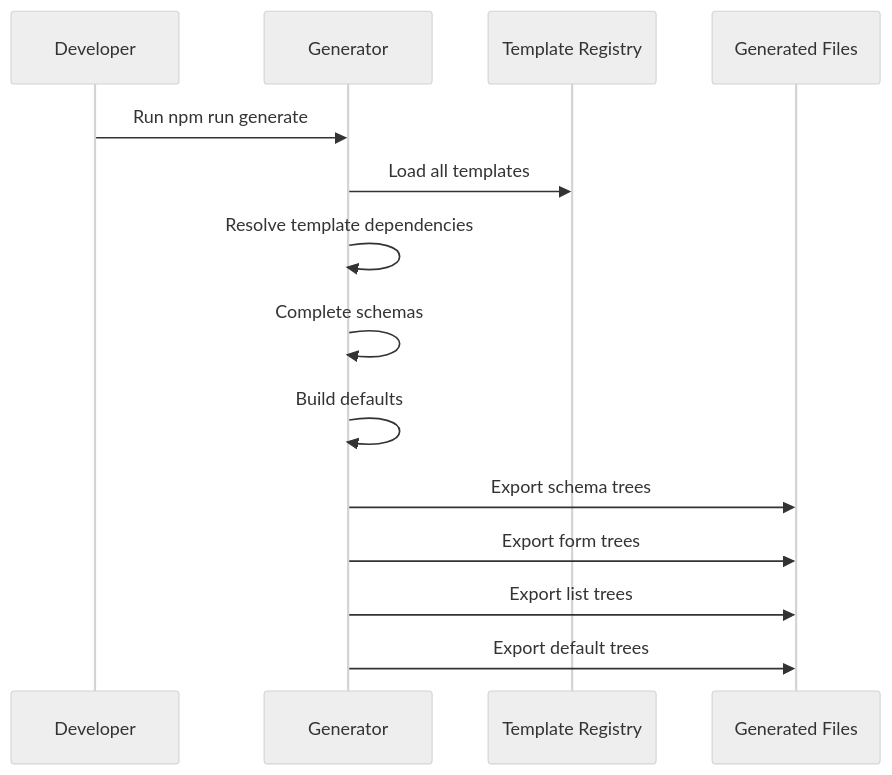
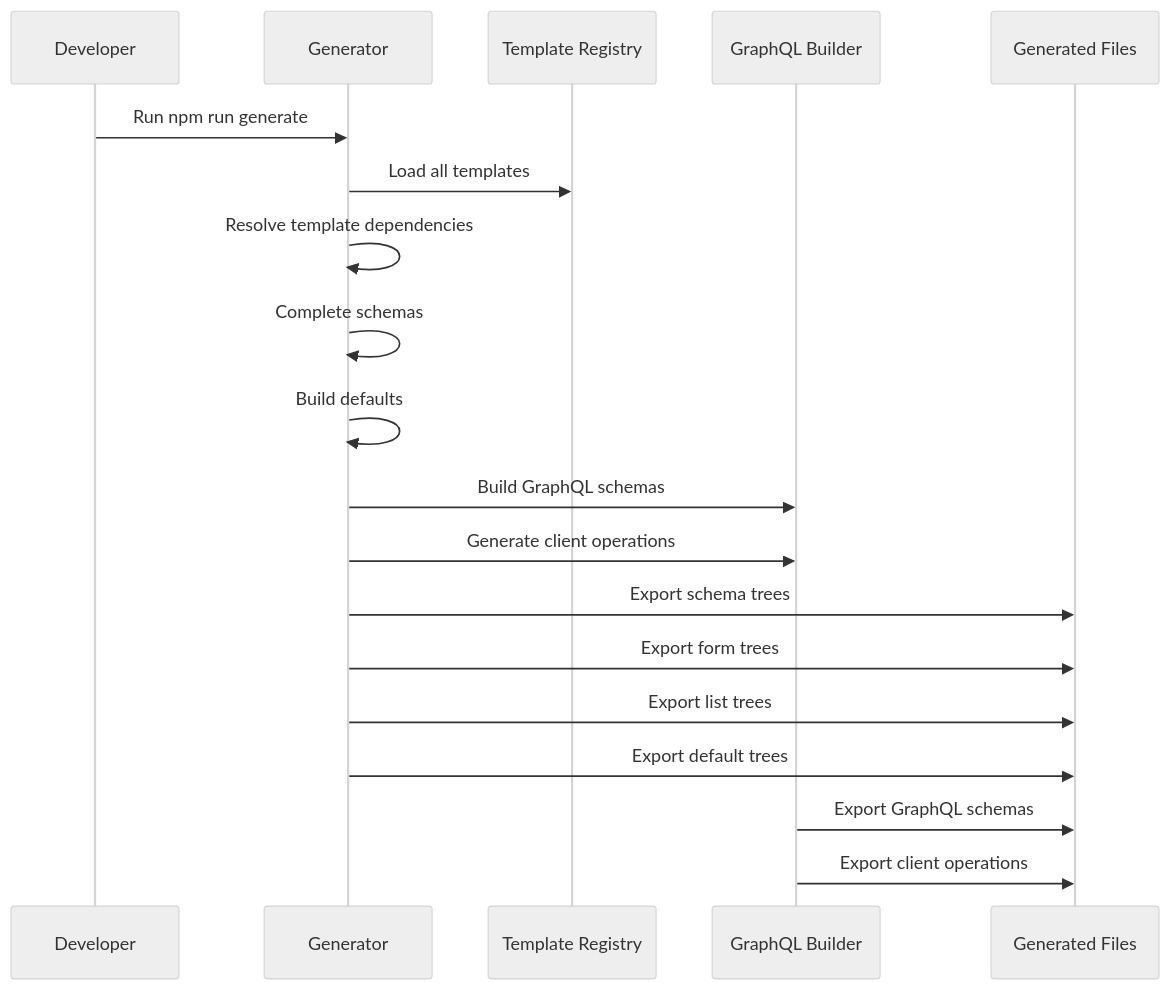
The fifth of 6 diagrams in DOCUMENTATION.md (IEA-Paris/trees), drawn with Mermaid (neutral theme) before and after one commit. The commit also changed other lines of this file and 3 other files, not shown here.

````diff
--- a/DOCUMENTATION.md
+++ b/DOCUMENTATION.md
@@ -177,17 +187,22 @@
 ```mermaid
 sequenceDiagram
     participant Dev as Developer
     participant Gen as Generator
     participant Templates as Template Registry
+    participant GraphQL as GraphQL Builder
     participant Output as Generated Files
     
     Dev->>Gen: Run npm run generate
     Gen->>Templates: Load all templates
     Gen->>Gen: Resolve template dependencies
     Gen->>Gen: Complete schemas
     Gen->>Gen: Build defaults
+    Gen->>GraphQL: Build GraphQL schemas
+    Gen->>GraphQL: Generate client operations
     Gen->>Output: Export schema trees
     Gen->>Output: Export form trees
     Gen->>Output: Export list trees
     Gen->>Output: Export default trees
+    GraphQL->>Output: Export GraphQL schemas
+    GraphQL->>Output: Export client operations
 ```
````
